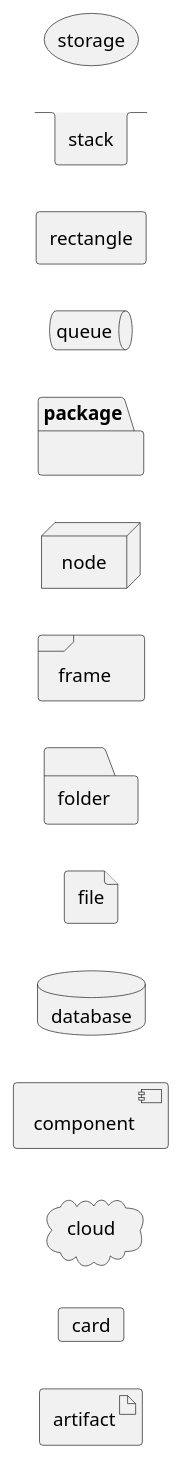
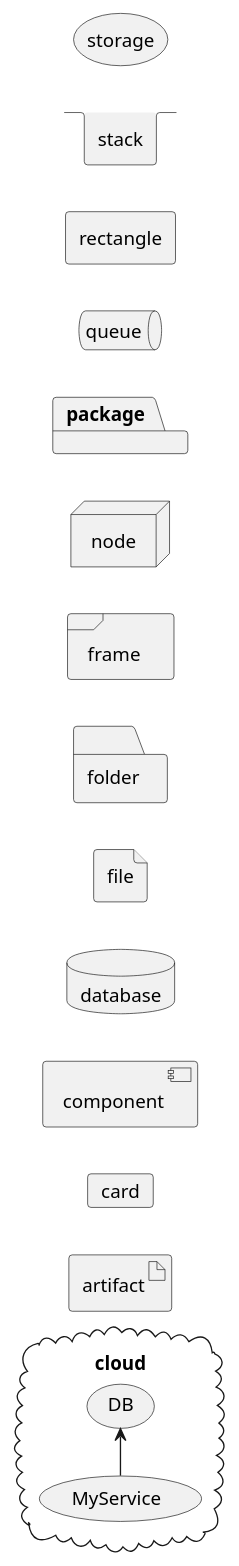
One commit to rostamiani/plantuml-course changed the diagram in 10-graph-containers.puml. Above: the diagram before and after it, drawn with PlantUML. The commit also changed 8 other files, not shown here.

```diff
--- a/10-graph-containers.puml
+++ b/10-graph-containers.puml
@@ -1,32 +1,33 @@
 @startuml
 left to right direction
 
 artifact artifact {
 }
 card card {
 }
 cloud cloud {
+    (MyService)->(DB)
 }
 component component {
 }
 database database {
 }
 file file {
 }
 folder folder {
 }
 frame frame {
 }
 node node {
 }
 package package {
 }
 queue queue {
 }
 rectangle rectangle {
 }
 stack stack {
 }
 storage storage {
 }
 @enduml
```
